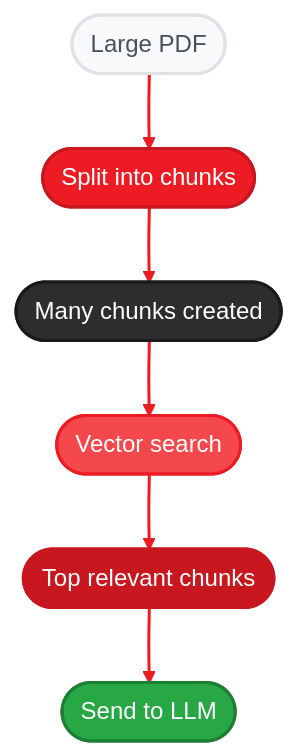
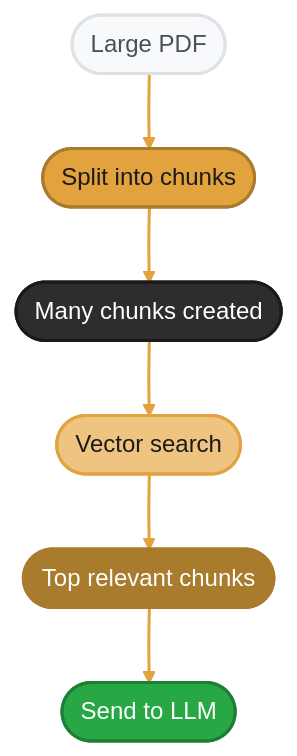
One commit to amd/gaia changed the third of 6 diagrams in docs/sdk/sdks/rag.mdx. Above: the diagram before and after it, drawn with Mermaid. The commit also changed other lines of this file and 37 other files, not shown here.

````diff
--- a/docs/sdk/sdks/rag.mdx
+++ b/docs/sdk/sdks/rag.mdx
@@ -179,18 +179,18 @@
 ```mermaid
-%%{init: {'theme':'base', 'themeVariables': { 'primaryColor':'#ED1C24', 'primaryTextColor':'#fff', 'primaryBorderColor':'#C8171E', 'lineColor':'#F4484D', 'secondaryColor':'#2d2d2d', 'tertiaryColor':'#f5f5f5', 'fontFamily': 'system-ui, -apple-system, sans-serif'}}}%%
+%%{init: {'theme':'base', 'themeVariables': { 'primaryColor':'#E2A33E', 'primaryTextColor':'#1a1a1a', 'primaryBorderColor':'#A87B2D', 'lineColor':'#EFC480', 'secondaryColor':'#2d2d2d', 'tertiaryColor':'#f5f5f5', 'fontFamily': 'system-ui, -apple-system, sans-serif'}}}%%
 flowchart TD
     A(["Large PDF"]) --> B(["Split into chunks"])
     B --> C(["Many chunks created"])
     C --> D(["Vector search"])
     D --> E(["Top relevant chunks"])
     E --> F(["Send to LLM"])
 
     style A fill:#f8f9fa,stroke:#dee2e6,stroke-width:2px,color:#495057
-    style B fill:#ED1C24,stroke:#C8171E,stroke-width:2px,color:#fff
+    style B fill:#E2A33E,stroke:#A87B2D,stroke-width:2px,color:#1a1a1a
     style C fill:#2d2d2d,stroke:#1a1a1a,stroke-width:2px,color:#fff
-    style D fill:#F4484D,stroke:#ED1C24,stroke-width:2px,color:#fff
-    style E fill:#C8171E,stroke:#C8171E,stroke-width:2px,color:#fff
+    style D fill:#EFC480,stroke:#E2A33E,stroke-width:2px,color:#1a1a1a
+    style E fill:#A87B2D,stroke:#A87B2D,stroke-width:2px,color:#fff
     style F fill:#28a745,stroke:#1e7e34,stroke-width:2px,color:#fff
 
-    linkStyle 0,1,2,3,4 stroke:#ED1C24,stroke-width:2px
+    linkStyle 0,1,2,3,4 stroke:#E2A33E,stroke-width:2px
 ```
````
